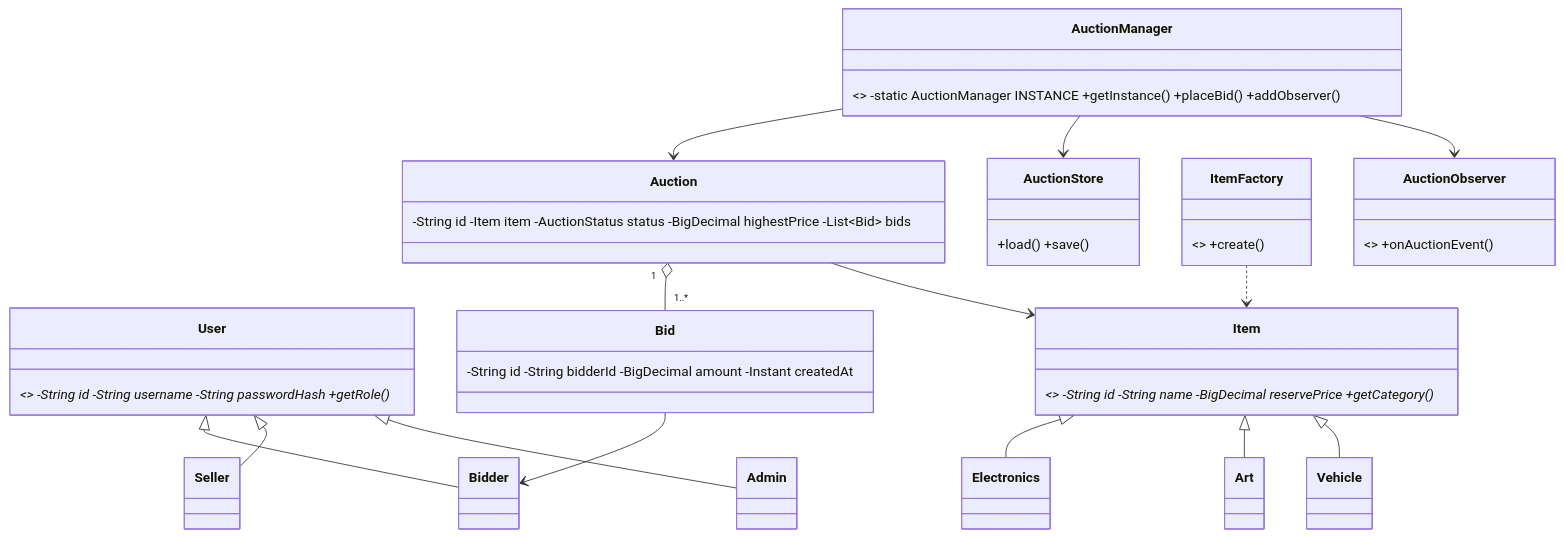
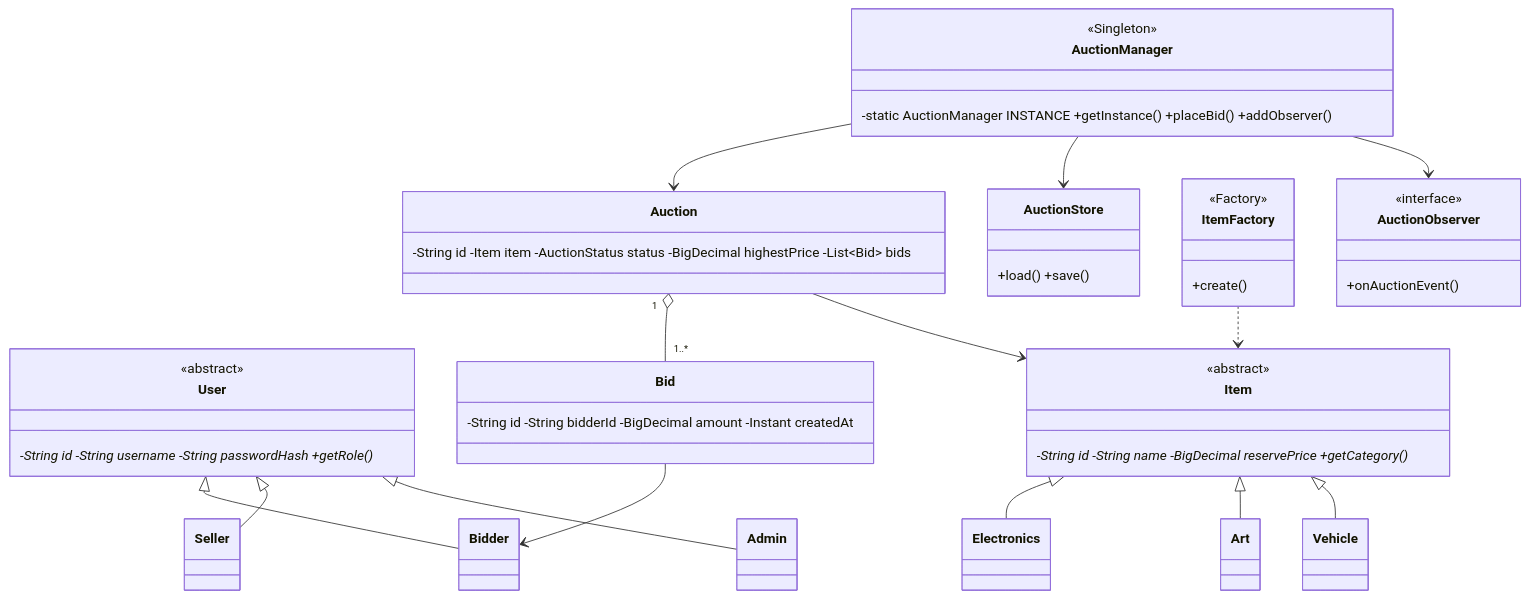
One commit to trongquan0409/Group12-Project changed the diagram in docs/CLASS-DIAGRAM.md. Above: the diagram before and after it, drawn with Mermaid. The commit also changed other lines of this file and 51 other files, not shown here.

````diff
--- a/docs/CLASS-DIAGRAM.md
+++ b/docs/CLASS-DIAGRAM.md
@@ -2,24 +3,45 @@
 ```mermaid
 classDiagram
- class User {<<abstract>> -String id -String username -String passwordHash +getRole()* }
- User <|-- Bidder
- User <|-- Seller
- User <|-- Admin
- class Item {<<abstract>> -String id -String name -BigDecimal reservePrice +getCategory()* }
- Item <|-- Electronics
- Item <|-- Art
- Item <|-- Vehicle
- class Auction { -String id -Item item -AuctionStatus status -BigDecimal highestPrice -List~Bid~ bids }
- class Bid { -String id -String bidderId -BigDecimal amount -Instant createdAt }
- class AuctionManager {<<Singleton>> -static AuctionManager INSTANCE +getInstance() +placeBid() +addObserver() }
- class AuctionObserver {<<interface>> +onAuctionEvent() }
- class ItemFactory {<<Factory>> +create() }
- class AuctionStore { +load() +save() }
- Auction "1" o-- "1..*" Bid
- Auction --> Item
- Bid --> Bidder
- AuctionManager --> Auction
- AuctionManager --> AuctionStore
- AuctionManager --> AuctionObserver
- ItemFactory ..> Item
+    class User {
+        <<abstract>>
+        -String id -String username -String passwordHash +getRole()*
+    }
+    User <|-- Bidder
+    User <|-- Seller
+    User <|-- Admin
+    class Item {
+        <<abstract>>
+        -String id -String name -BigDecimal reservePrice +getCategory()*
+    }
+    Item <|-- Electronics
+    Item <|-- Art
+    Item <|-- Vehicle
+    class Auction {
+        -String id -Item item -AuctionStatus status -BigDecimal highestPrice -List~Bid~ bids
+    }
+    class Bid {
+        -String id -String bidderId -BigDecimal amount -Instant createdAt
+    }
+    class AuctionManager {
+        <<Singleton>>
+        -static AuctionManager INSTANCE +getInstance() +placeBid() +addObserver()
+    }
+    class AuctionObserver {
+        <<interface>>
+        +onAuctionEvent()
+    }
+    class ItemFactory {
+        <<Factory>>
+        +create()
+    }
+    class AuctionStore {
+        +load() +save()
+    }
+Auction "1" o-- "1..*" Bid
+Auction --> Item
+Bid --> Bidder
+AuctionManager --> Auction
+AuctionManager --> AuctionStore
+AuctionManager --> AuctionObserver
+ItemFactory ..> Item
 ```
````
